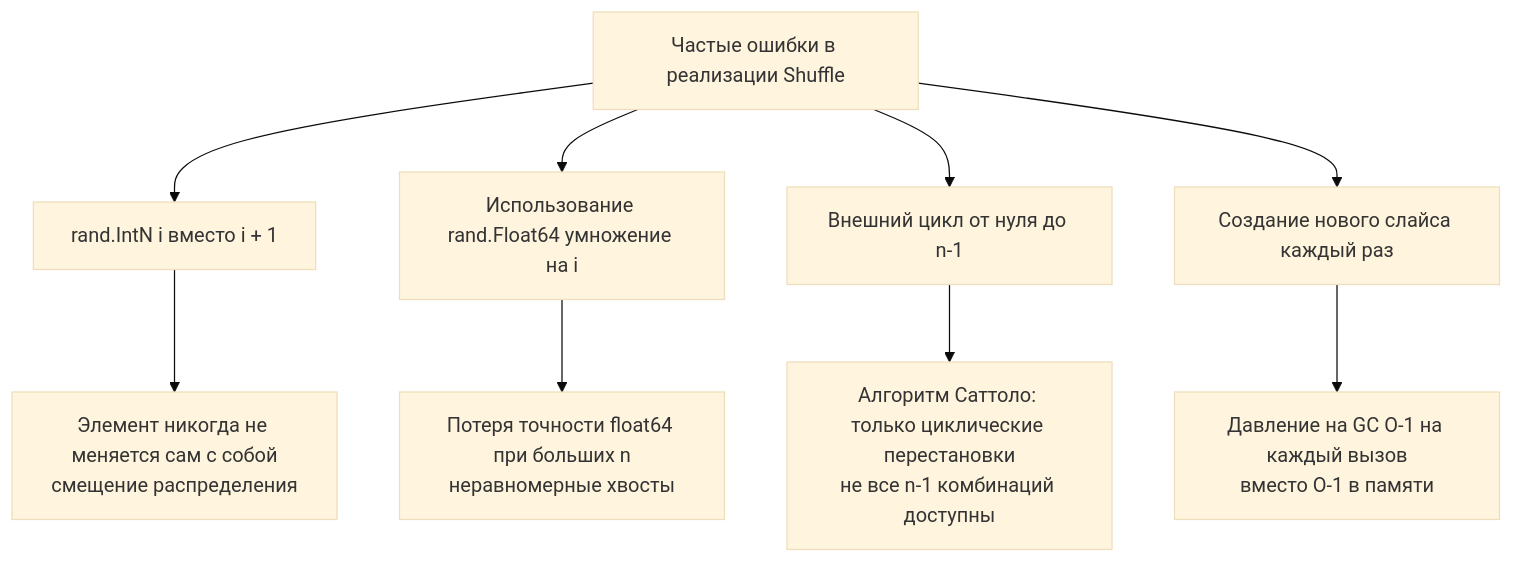
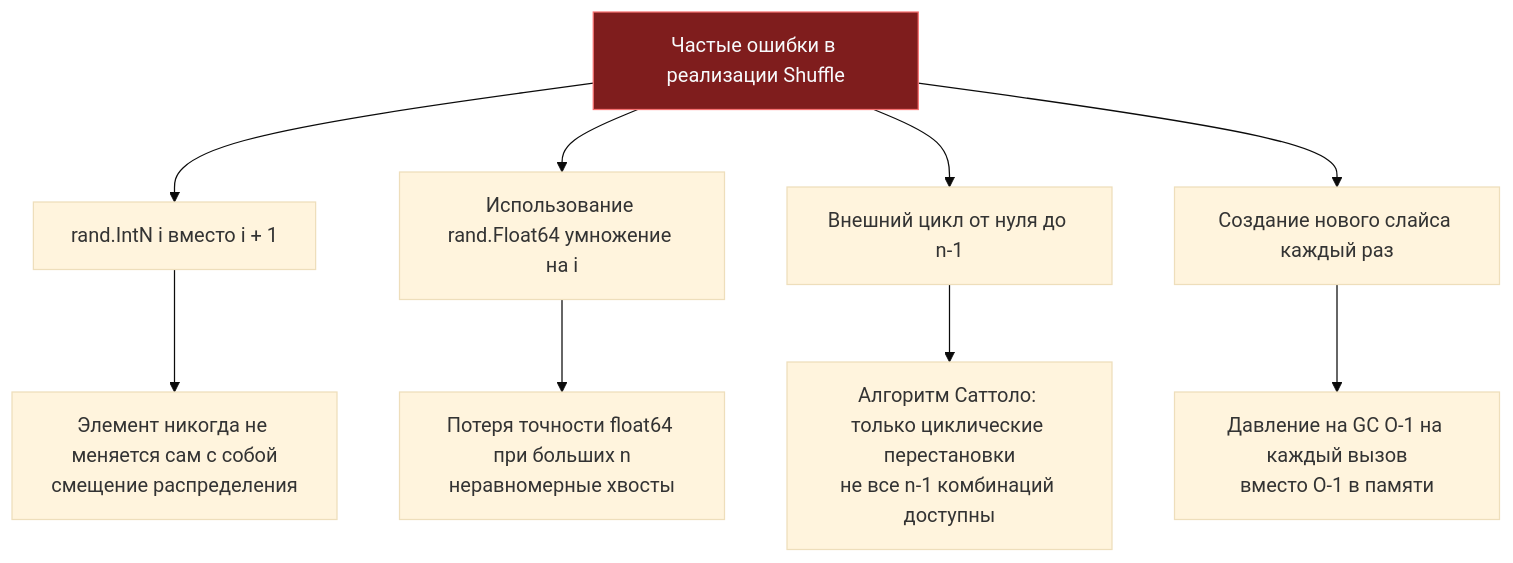
The second of 2 diagrams in sources/21. Задачи с LeetCode и собеседований на Go/02. Задачи/27. Рандомизированные алгоритмы/4. Shuffle an Array.md (UnrealTemplier/go-textbook), drawn with Mermaid (base theme) before and after one commit. The commit also changed other lines of this file and 1666 other files, not shown here.

First line of the commit message:
feat(mermaid): add semantic color classDef to 1369 colorless flowchart/graph diagrams

````diff
--- a/sources/21. Задачи с LeetCode и собеседований на Go/02. Задачи/27. Рандомизированные алгоритмы/4. Shuffle an Array.md
+++ b/sources/21. Задачи с LeetCode и собеседований на Go/02. Задачи/27. Рандомизированные алгоритмы/4. Shuffle an Array.md
@@ -111,12 +121,22 @@
 ```mermaid
 flowchart TD
-  A["Частые ошибки в реализации Shuffle"] --> B["rand.IntN i вместо i + 1"]
+    classDef process  fill:#1e293b,stroke:#38bdf8,stroke-width:1px,color:#f8fafc
+    classDef success  fill:#064e3b,stroke:#34d399,stroke-width:1px,color:#f8fafc
+    classDef error    fill:#7f1d1d,stroke:#f87171,stroke-width:1px,color:#f8fafc
+    classDef warning  fill:#78350f,stroke:#fbbf24,stroke-width:1px,color:#f8fafc
+    classDef entry    fill:#1e3a5f,stroke:#38bdf8,stroke-width:2px,color:#f8fafc
+    classDef aux      fill:#334155,stroke:#64748b,stroke-width:1px,color:#f8fafc
+    classDef system   fill:#312e81,stroke:#a78bfa,stroke-width:1px,color:#f8fafc
+    classDef data     fill:#132d29,stroke:#2dd4bf,stroke-width:1px,color:#f8fafc
+    classDef network  fill:#881337,stroke:#fb7185,stroke-width:1px,color:#f8fafc
+    classDef accent   fill:#1e1b4b,stroke:#818cf8,stroke-width:1px,color:#f8fafc
+  A["Частые ошибки в реализации Shuffle"]:::error --> B["rand.IntN i вместо i + 1"]
   A --> C["Использование rand.Float64 умножение на i"]
   A --> D["Внешний цикл от нуля до n-1"]
   A --> E["Создание нового слайса каждый раз"]
   
   B --> F["Элемент никогда не меняется сам с собой<br>смещение распределения"]
   C --> G["Потеря точности float64 при больших n<br>неравномерные хвосты"]
   D --> H["Алгоритм Саттоло: только циклические перестановки<br>не все n-1 комбинаций доступны"]
   E --> I["Давление на GC O-1 на каждый вызов<br>вместо O-1 в памяти"]
 ```
````
